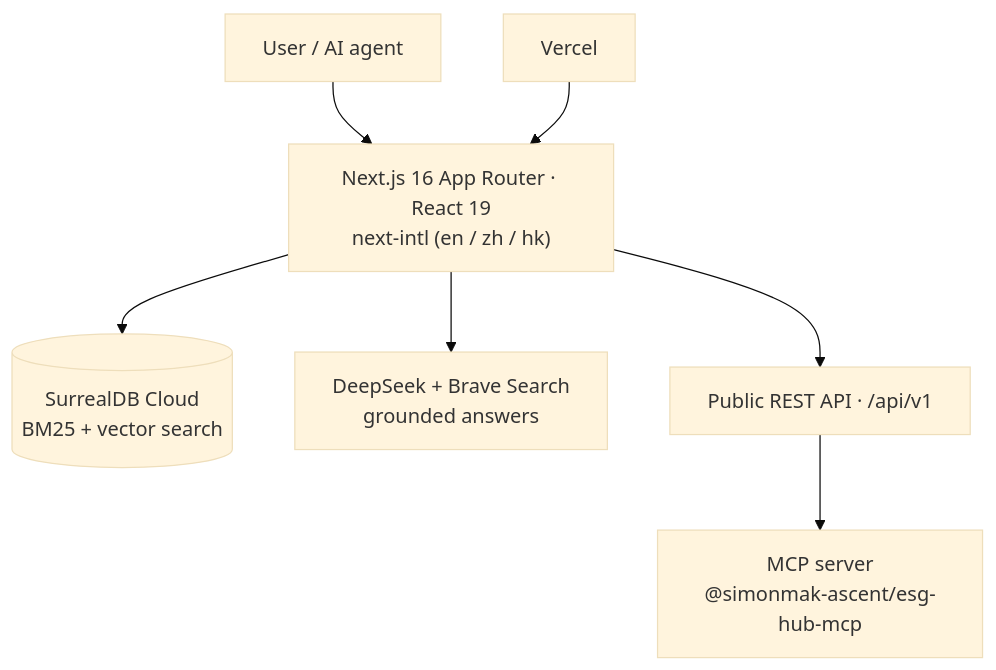
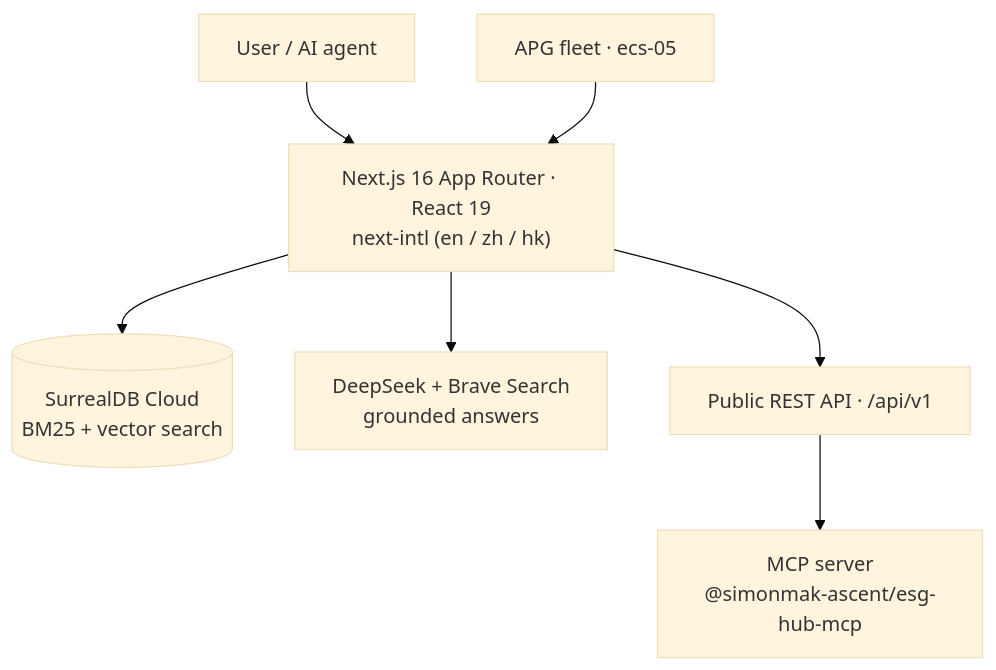
The first of 4 diagrams in README.md (simonmak-ascent/esg-hub), drawn with Mermaid (base theme) before and after one commit. The commit also changed other lines of this file and 3 other files, not shown here.

````diff
--- a/README.md
+++ b/README.md
@@ -26,9 +26,9 @@
 ```mermaid
 flowchart TB
   U["User / AI agent"] --> WEB["Next.js 16 App Router · React 19<br/>next-intl (en / zh / hk)"]
   WEB --> DB[("SurrealDB Cloud<br/>BM25 + vector search")]
   WEB --> AI["DeepSeek + Brave Search<br/>grounded answers"]
   WEB --> API["Public REST API · /api/v1"]
   API --> MCP["MCP server<br/>@simonmak-ascent/esg-hub-mcp"]
-  V["Vercel"] --> WEB
+  V["APG fleet · ecs-05"] --> WEB
 ```
````
